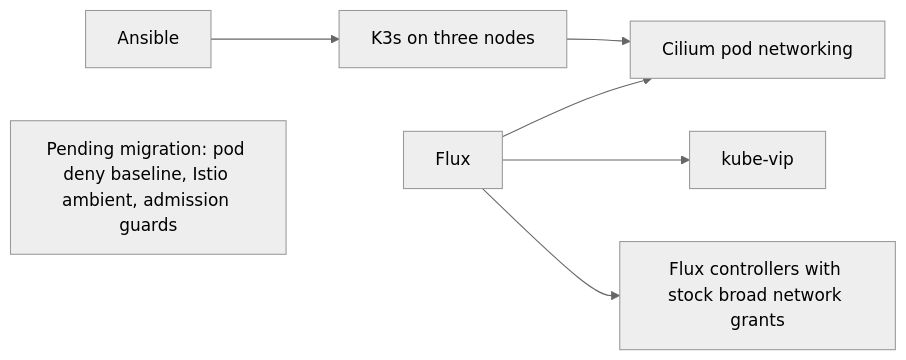
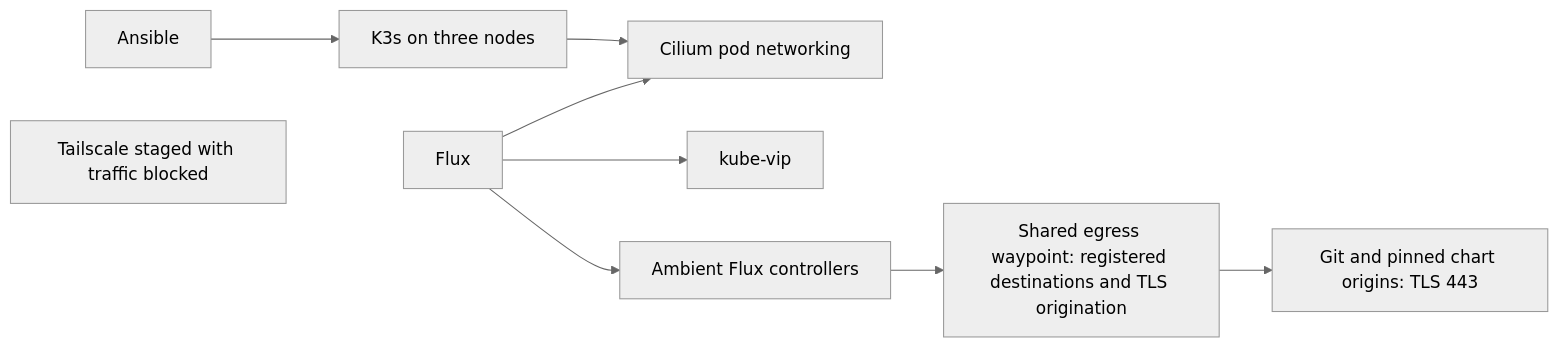
The first of 5 diagrams in docs/architecture/network-security.md (liamawhite/homelab), drawn with Mermaid (neutral theme) before and after one commit. The commit also changed other lines of this file and 37 other files, not shown here.

Commit message:
Require gateway TLS egress and stage Tailscale migration

````diff
--- a/docs/architecture/network-security.md
+++ b/docs/architecture/network-security.md
@@ -11,9 +11,11 @@
 ```mermaid
 flowchart LR
     Ansible["Ansible"] --> Nodes["K3s on three nodes"]
     Nodes --> Cilium["Cilium pod networking"]
     Flux["Flux"] --> Cilium
     Flux --> VIP["kube-vip"]
-    Flux --> Controllers["Flux controllers with stock broad network grants"]
-    Pending["Pending migration: pod deny baseline, Istio ambient, admission guards"]
+    Flux --> Controllers["Ambient Flux controllers"]
+    Controllers --> Egress["Shared egress waypoint: registered destinations and TLS origination"]
+    Egress --> Origins["Git and pinned chart origins: TLS 443"]
+    Pending["Tailscale staged with traffic blocked"]
 ```
````
